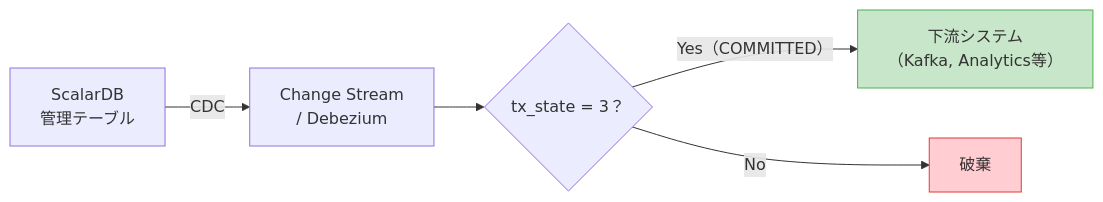
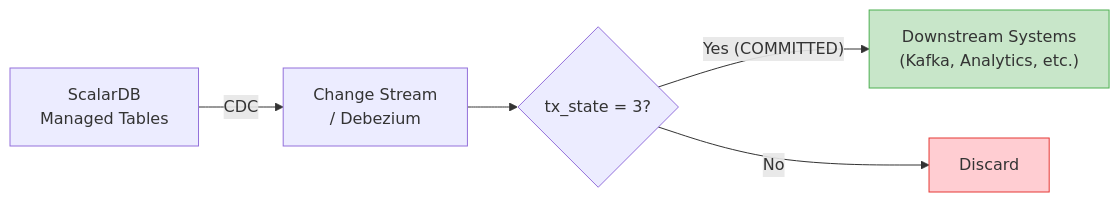
One commit to wfukatsu/nexus-architect changed the fifth of 5 diagrams in workflow/greenfield/05_transaction_design.md. Above: the diagram before and after it, drawn with Mermaid. The commit also changed other lines of this file, not shown here.

````diff
--- a/workflow/greenfield/05_transaction_design.md
+++ b/workflow/greenfield/05_transaction_design.md
@@ -414,10 +414,10 @@
 ```mermaid
 flowchart LR
-    A["ScalarDB\n管理テーブル"] -->|CDC| B["Change Stream\n/ Debezium"]
-    B --> C{"tx_state = 3？"}
-    C -->|"Yes（COMMITTED）"| D["下流システム\n（Kafka, Analytics等）"]
-    C -->|"No"| E["破棄"]
+    A["ScalarDB\nManaged Tables"] -->|CDC| B["Change Stream\n/ Debezium"]
+    B --> C{"tx_state = 3?"}
+    C -->|"Yes (COMMITTED)"| D["Downstream Systems\n(Kafka, Analytics, etc.)"]
+    C -->|"No"| E["Discard"]
 
     style D fill:#c8e6c9,stroke:#4caf50
     style E fill:#ffcdd2,stroke:#e53935
 ```
````
